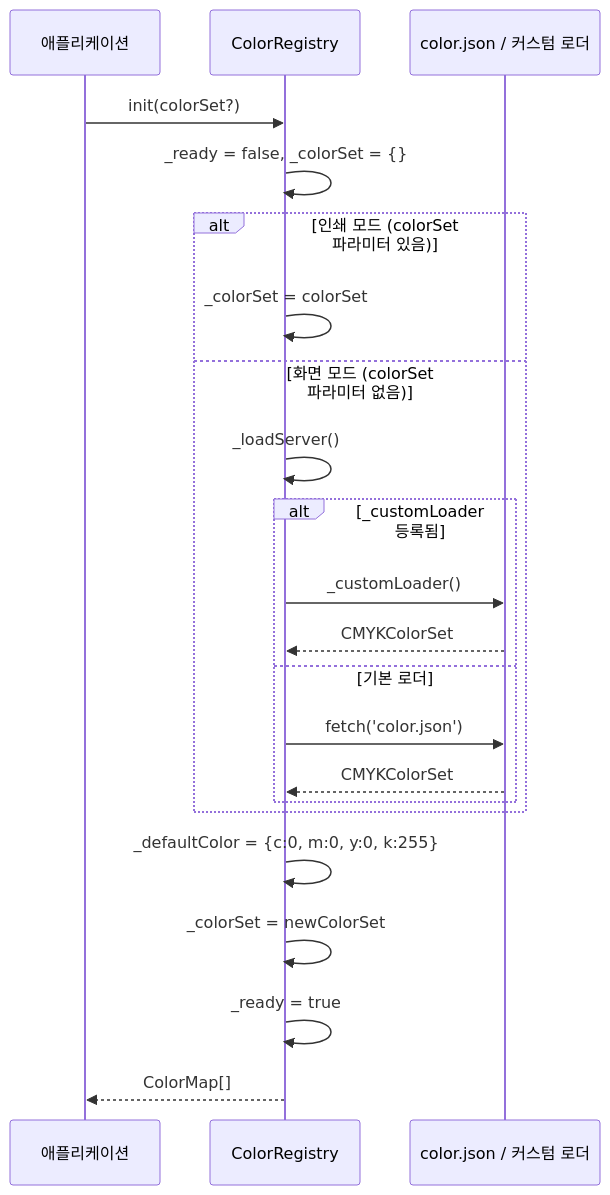
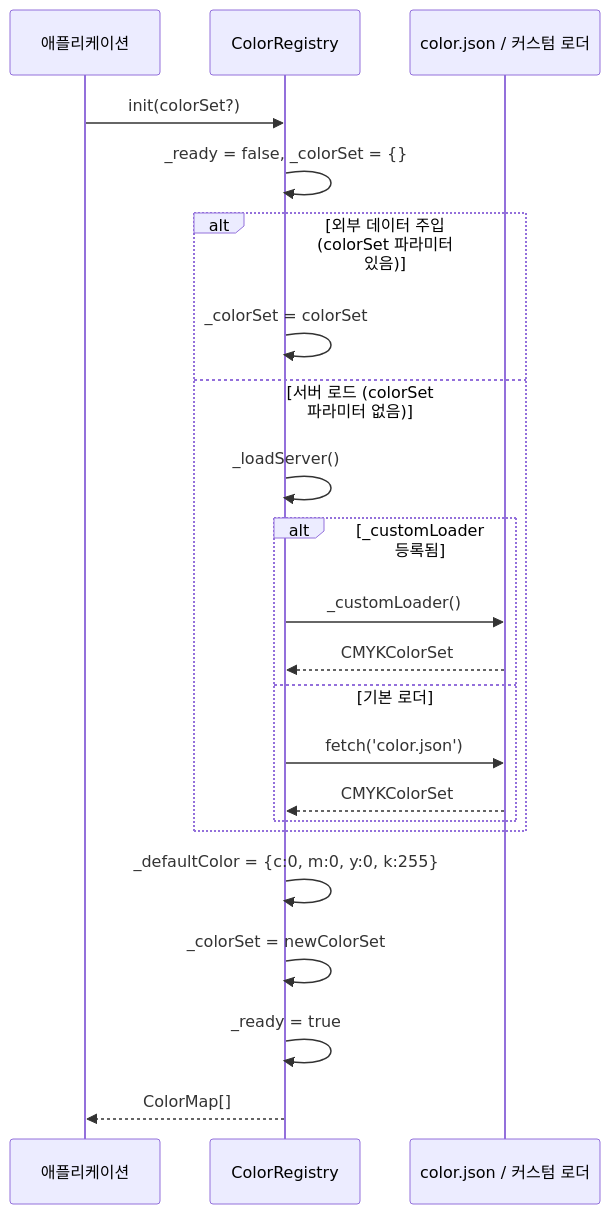
Before and after one commit to kyiimn/layout-element: the third of 5 diagrams in docs/RESOURCE.md, drawn with Mermaid. The commit also changed other lines of this file and 22 other files, not shown here.

````diff
--- a/docs/RESOURCE.md
+++ b/docs/RESOURCE.md
@@ -267,27 +266,27 @@
 ```mermaid
 sequenceDiagram
     participant App as 애플리케이션
     participant CR as ColorRegistry
     participant Server as color.json / 커스텀 로더
 
     App->>CR: init(colorSet?)
     CR->>CR: _ready = false, _colorSet = {}
 
-    alt 인쇄 모드 (colorSet 파라미터 있음)
+    alt 외부 데이터 주입 (colorSet 파라미터 있음)
         CR->>CR: _colorSet = colorSet
-    else 화면 모드 (colorSet 파라미터 없음)
+    else 서버 로드 (colorSet 파라미터 없음)
         CR->>CR: _loadServer()
         alt _customLoader 등록됨
             CR->>Server: _customLoader()
             Server-->>CR: CMYKColorSet
         else 기본 로더
             CR->>Server: fetch('color.json')
             Server-->>CR: CMYKColorSet
         end
     end
 
     CR->>CR: _defaultColor = {c:0, m:0, y:0, k:255}
     CR->>CR: _colorSet = newColorSet
     CR->>CR: _ready = true
     CR-->>App: ColorMap[]
 ```
````
